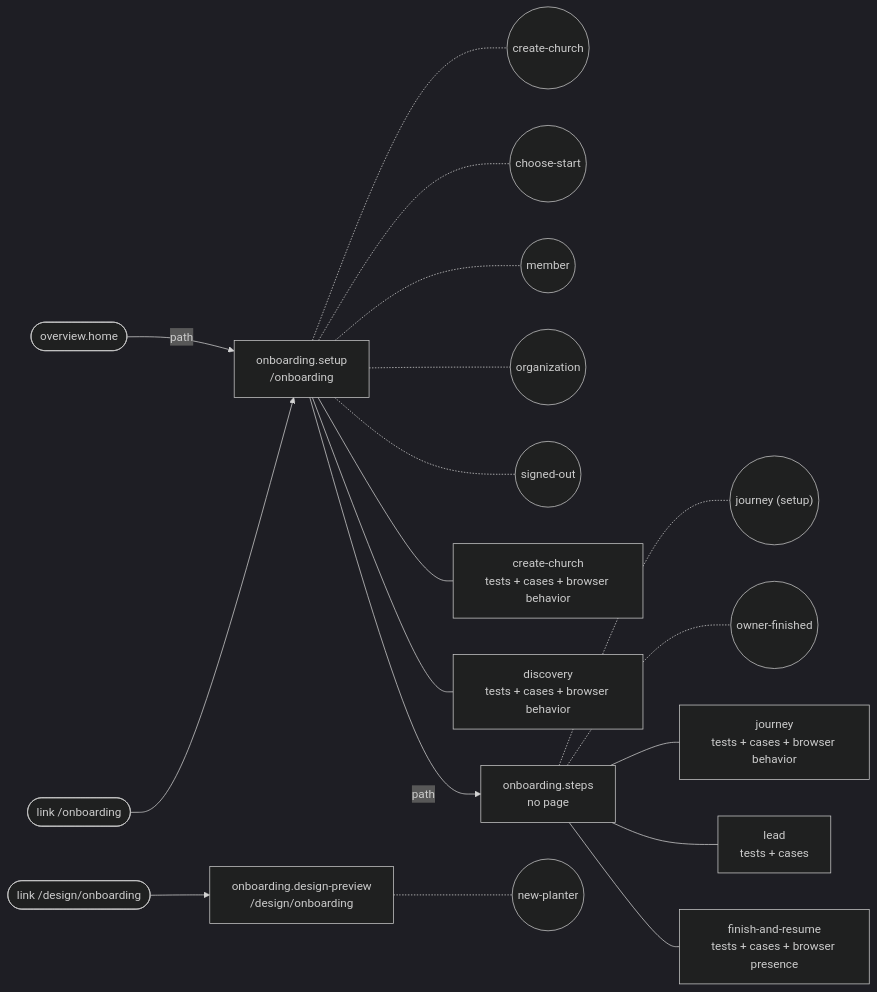
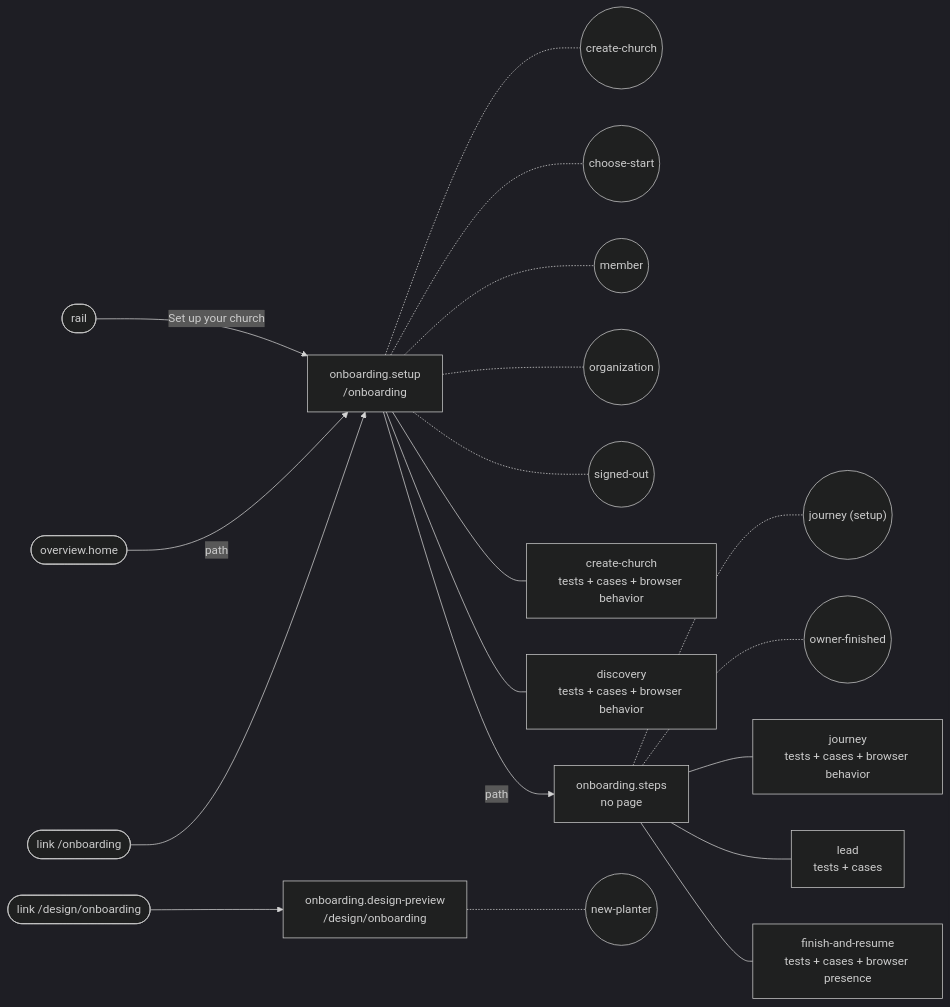
Before and after one commit to SebastianGarces/everyfield: the diagram in docs/feature-maps/onboarding.md, drawn with Mermaid (dark theme). The commit also changed other lines of this file and 15 other files, not shown here.

````diff
--- a/docs/feature-maps/onboarding.md
+++ b/docs/feature-maps/onboarding.md
@@ -6,26 +6,28 @@
 ```mermaid
 flowchart LR
-  s0_link1(["link /onboarding"])
+  rail(["rail"])
+  s0_link2(["link /onboarding"])
   s2_link0(["link /design/onboarding"])
   x_overview_home(["overview.home"])
   s0["onboarding.setup<br/>/onboarding"]
+  rail -- "Set up your church" --> s0
   x_overview_home -- "path" --> s0
-  s0_link1 --> s0
+  s0_link2 --> s0
   s0 -.- s0_st0(("create-church"))
   s0 -.- s0_st1(("choose-start"))
   s0 -.- s0_st2(("member"))
   s0 -.- s0_st3(("organization"))
   s0 -.- s0_st4(("signed-out"))
   s0 --- s0_b0["create-church<br/>tests + cases + browser behavior"]
   s0 --- s0_b1["discovery<br/>tests + cases + browser behavior"]
   s1["onboarding.steps<br/>no page"]
   s0 -- "path" --> s1
   s1 -.- s1_st0(("journey (setup)"))
   s1 -.- s1_st1(("owner-finished"))
   s1 --- s1_b0["journey<br/>tests + cases + browser behavior"]
   s1 --- s1_b1["lead<br/>tests + cases"]
   s1 --- s1_b2["finish-and-resume<br/>tests + cases + browser presence"]
   s2["onboarding.design-preview<br/>/design/onboarding"]
   s2_link0 --> s2
   s2 -.- s2_st0(("new-planter"))
 ```
````
